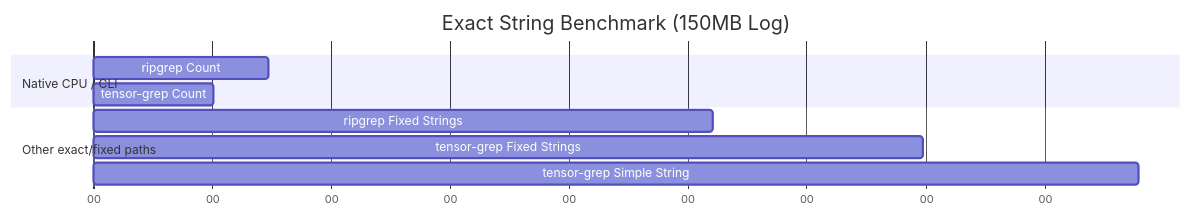
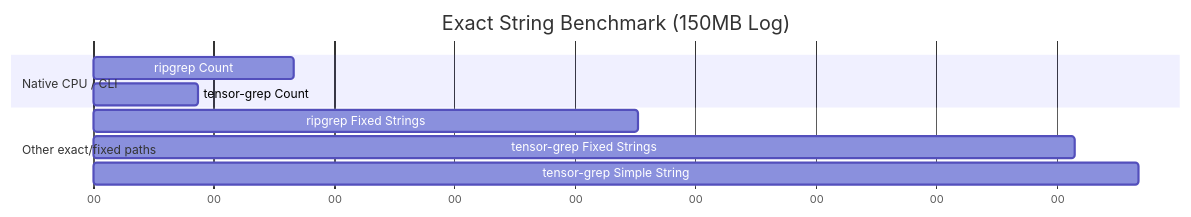
Before and after one commit to oimiragieo/tensor-grep: the third of 3 diagrams in docs/PAPER.md, drawn with Mermaid. The commit also changed other lines of this file and 1 other file, not shown here.

````diff
--- a/docs/PAPER.md
+++ b/docs/PAPER.md
@@ -125,15 +125,15 @@
 ```mermaid
 gantt
     title Exact String Benchmark (150MB Log)
     dateFormat  s
     axisFormat %S
     
     section Native CPU / CLI
-    ripgrep Count              :a1, 0, 0.147s
-    tensor-grep Count          :a2, 0, 0.101s
+    ripgrep Count              :a1, 0, 0.166s
+    tensor-grep Count          :a2, 0, 0.087s
     
     section Other exact/fixed paths
-    ripgrep Fixed Strings      :a3, 0, 0.521s
-    tensor-grep Fixed Strings  :a4, 0, 0.698s
-    tensor-grep Simple String  :a5, 0, 0.879s
+    ripgrep Fixed Strings      :a3, 0, 0.452s
+    tensor-grep Fixed Strings  :a4, 0, 0.815s
+    tensor-grep Simple String  :a5, 0, 0.868s
 ```
````
